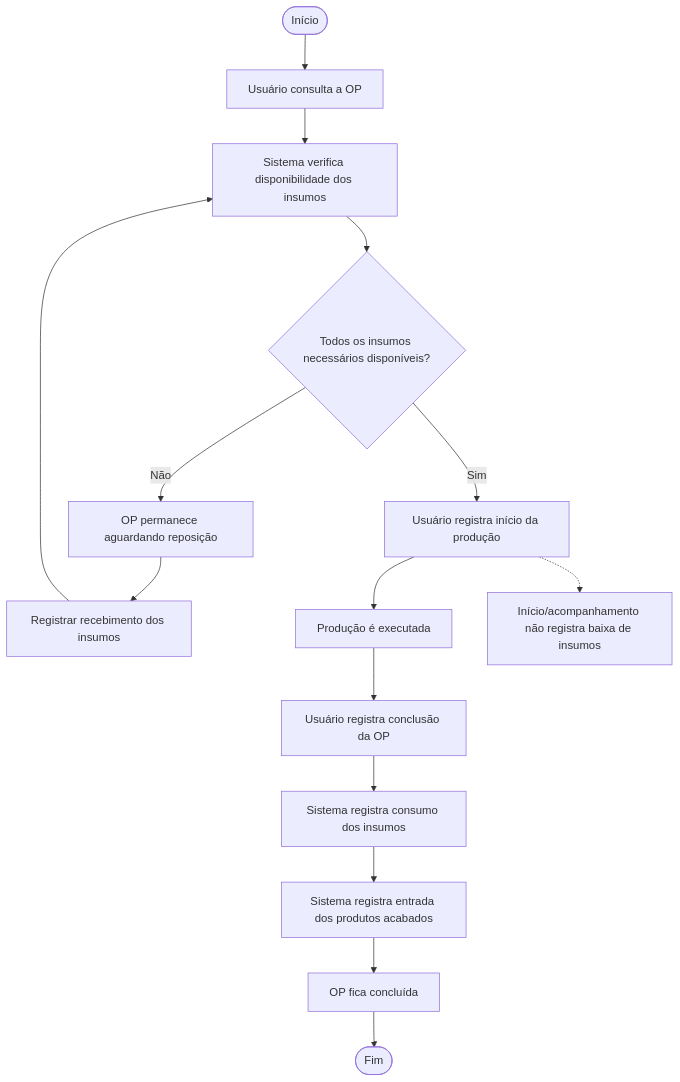
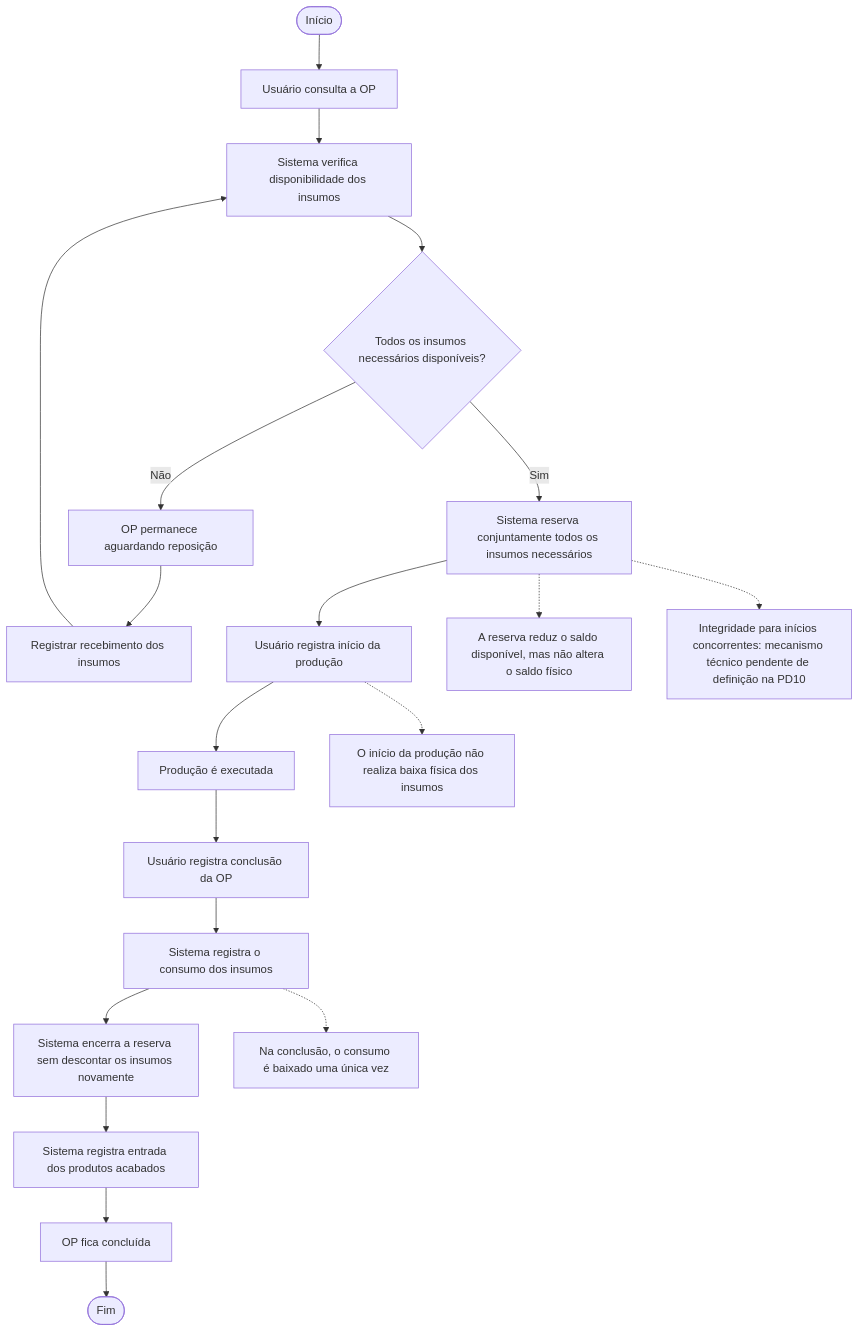
Before and after one commit to GabrielSantos-Silva/TCC---Gestao-Integrada: the diagram in docs/03-modelagem/atividades/atividade-conclusao-producao.mmd, drawn with Mermaid.

```diff
--- a/docs/03-modelagem/atividades/atividade-conclusao-producao.mmd
+++ b/docs/03-modelagem/atividades/atividade-conclusao-producao.mmd
@@ -1,15 +1,25 @@
 flowchart TD
     A([Início]) --> B[Usuário consulta a OP]
     B --> C[Sistema verifica disponibilidade dos insumos]
     C --> D{Todos os insumos necessários disponíveis?}
+
     D -- Não --> E[OP permanece aguardando reposição]
     E --> F[Registrar recebimento dos insumos]
     F --> C
-    D -- Sim --> G[Usuário registra início da produção]
-    G --> H[Produção é executada]
-    H --> I[Usuário registra conclusão da OP]
-    I --> J[Sistema registra consumo dos insumos]
-    J --> K[Sistema registra entrada dos produtos acabados]
-    K --> L[OP fica concluída]
-    L --> M([Fim])
-    G -.-> N[Início/acompanhamento não registra baixa de insumos]
+
+    D -- Sim --> G[Sistema reserva conjuntamente todos os insumos necessários]
+    G --> H[Usuário registra início da produção]
+    H --> I[Produção é executada]
+    I --> J[Usuário registra conclusão da OP]
+    J --> K[Sistema registra o consumo dos insumos]
+    K --> L[Sistema encerra a reserva sem descontar os insumos novamente]
+    L --> M[Sistema registra entrada dos produtos acabados]
+    M --> N[OP fica concluída]
+    N --> O([Fim])
+
+    H -.-> P[O início da produção não realiza baixa física dos insumos]
+    G -.-> Q[A reserva reduz o saldo disponível, mas não altera o saldo físico]
+    K -.-> R[Na conclusão, o consumo é baixado uma única vez]
+
+    S[Integridade para inícios concorrentes: mecanismo técnico pendente de definição na PD10]
+    G -.-> S
```
